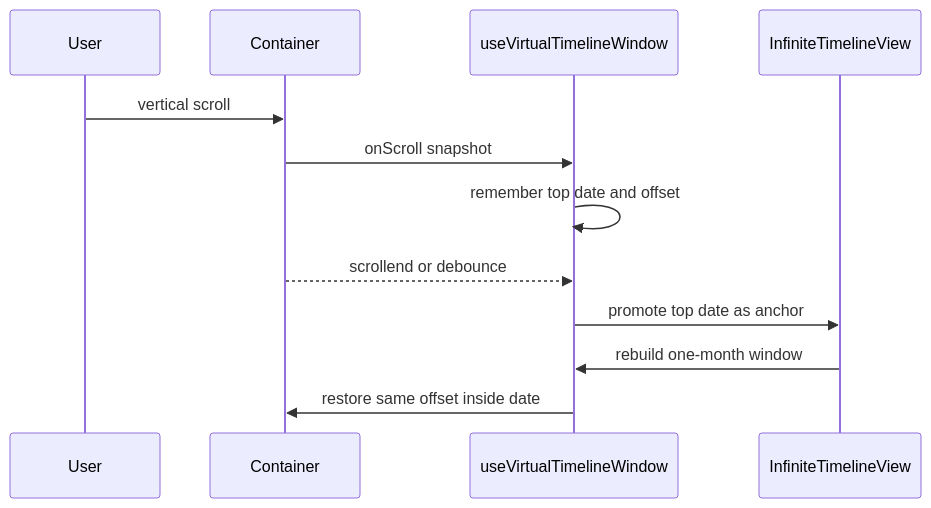
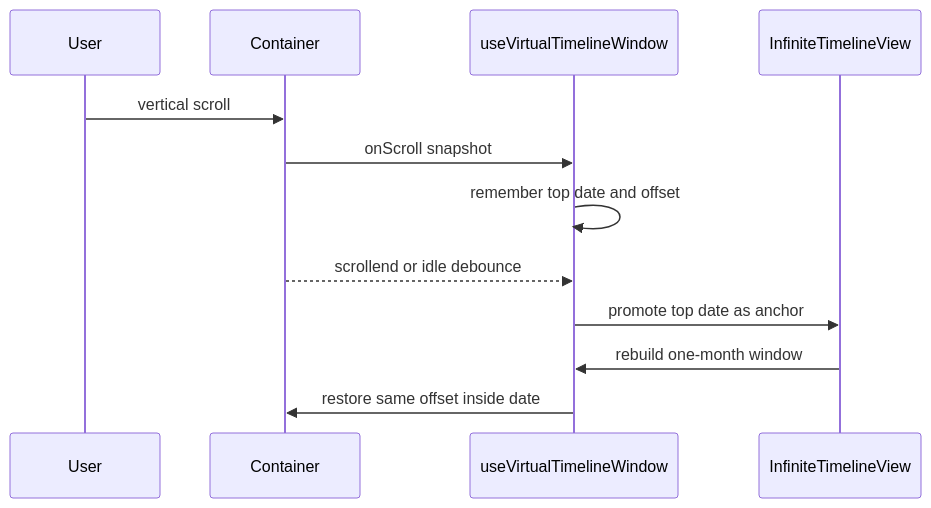
One commit to junomedical/quno-calendar changed the second of 5 diagrams in docs/architecture.md. Above: the diagram before and after it, drawn with Mermaid. The commit also changed other lines of this file and 32 other files, not shown here.

````diff
--- a/docs/architecture.md
+++ b/docs/architecture.md
@@ -99,15 +99,15 @@
 ```mermaid
 sequenceDiagram
   participant User
   participant Container
   participant Virtual as useVirtualTimelineWindow
   participant View as InfiniteTimelineView
 
   User->>Container: vertical scroll
   Container->>Virtual: onScroll snapshot
   Virtual->>Virtual: remember top date and offset
-  Container-->>Virtual: scrollend or debounce
+  Container-->>Virtual: scrollend or idle debounce
   Virtual->>View: promote top date as anchor
   View->>Virtual: rebuild one-month window
   Virtual->>Container: restore same offset inside date
 ```
````
